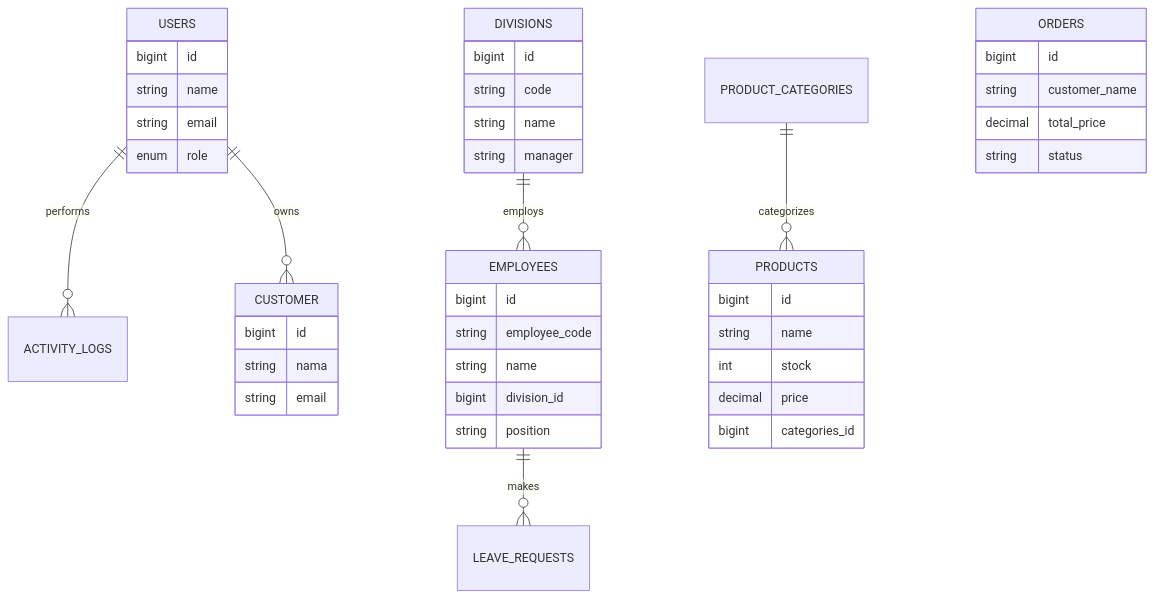
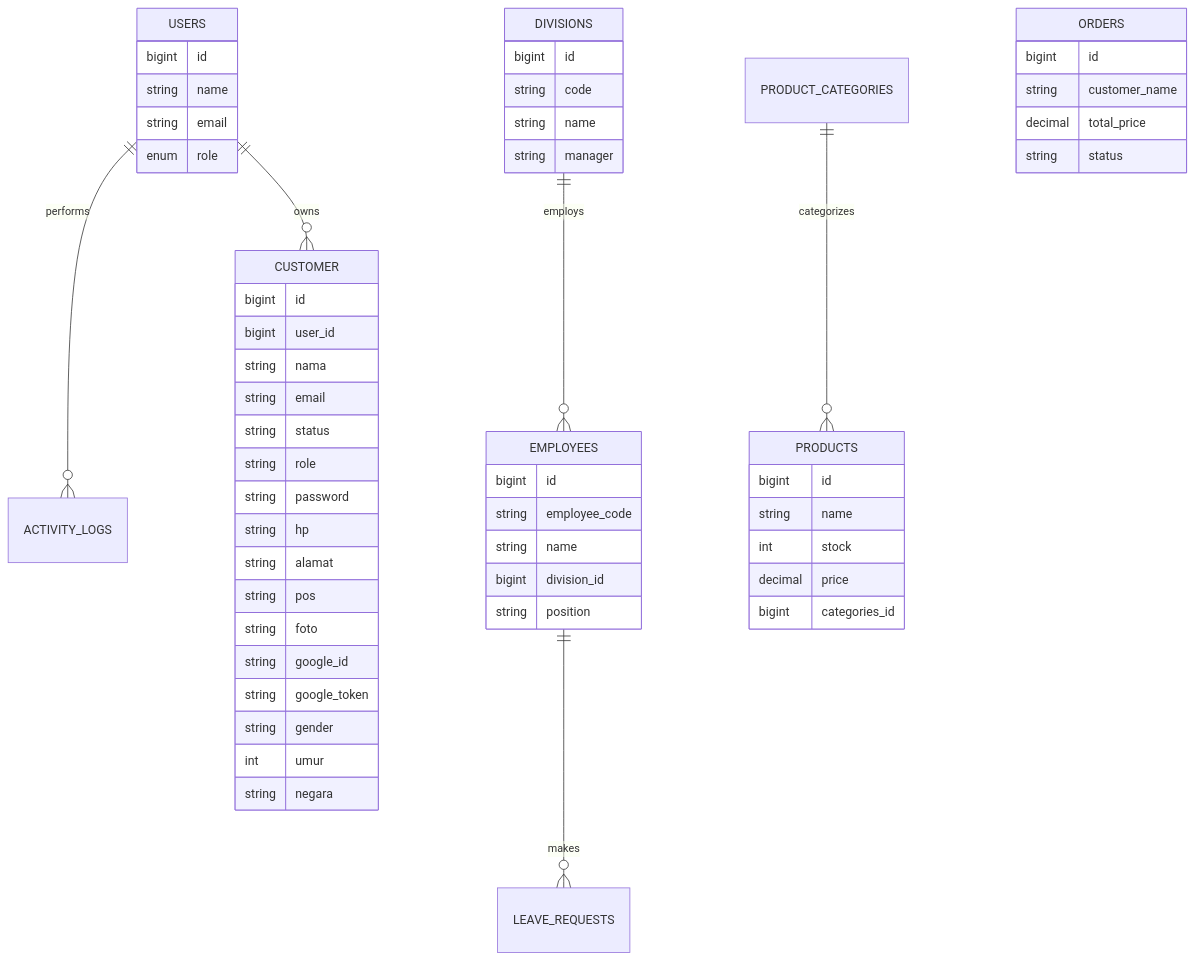
The diagram in README.md (sshunsin/kanola-skincare), drawn with Mermaid before and after one commit. The commit also changed other lines of this file, not shown here.

````diff
--- a/README.md
+++ b/README.md
@@ -22,46 +24,59 @@
 ```mermaid
 erDiagram
     USERS ||--o{ ACTIVITY_LOGS : performs
     USERS ||--o{ CUSTOMER : owns
     EMPLOYEES ||--o{ LEAVE_REQUESTS : makes
     DIVISIONS ||--o{ EMPLOYEES : employs
     PRODUCT_CATEGORIES ||--o{ PRODUCTS : categorizes
     
     USERS {
         bigint id
         string name
         string email
         enum role
     }
     EMPLOYEES {
         bigint id
         string employee_code
         string name
         bigint division_id
         string position
     }
     DIVISIONS {
         bigint id
         string code
         string name
         string manager
     }
     PRODUCTS {
         bigint id
         string name
         int stock
         decimal price
         bigint categories_id
     }
     ORDERS {
         bigint id
         string customer_name
         decimal total_price
         string status
     }
     CUSTOMER {
         bigint id
+        bigint user_id
         string nama
         string email
+        string status
+        string role
+        string password
+        string hp
+        string alamat
+        string pos
+        string foto
+        string google_id
+        string google_token
+        string gender
+        int umur
+        string negara
     }
 ```
````
